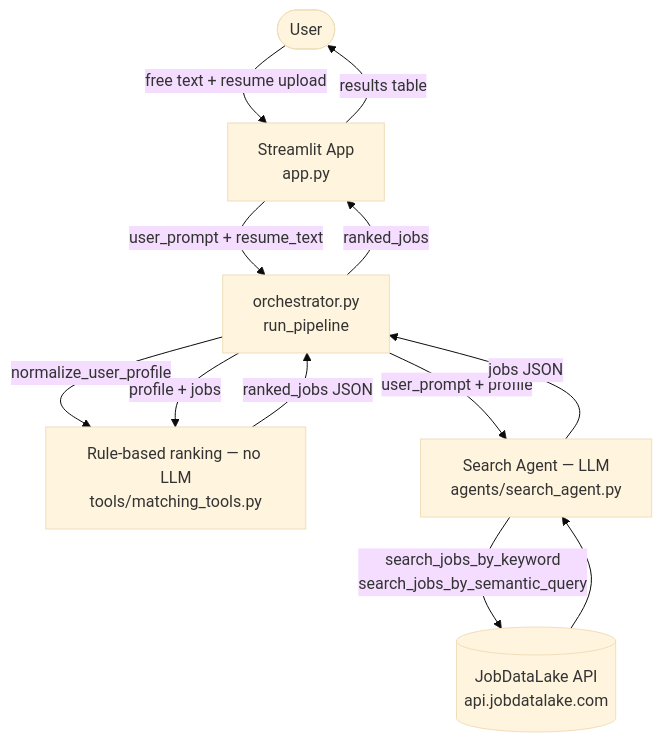
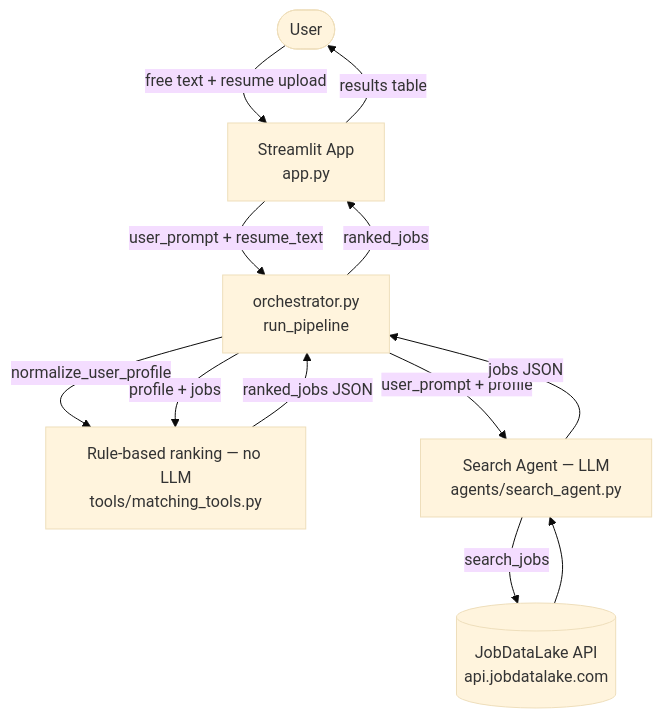
Before and after one commit to meiravm1/ai-job-finder: the diagram in README.md, drawn with Mermaid (base theme). The commit also changed other lines of this file and 6 other files, not shown here.

````diff
--- a/README.md
+++ b/README.md
@@ -26,18 +26,18 @@
 ```mermaid
 flowchart TD
       User([User]) -->|"free text + resume upload"| UI[Streamlit App\napp.py]
       UI -->|user_prompt + resume_text| Orchestrator[orchestrator.py\nrun_pipeline]
 
       Orchestrator -->|normalize_user_profile| MatchTools[Rule-based ranking — no LLM\ntools/matching_tools.py]
 
       Orchestrator -->|user_prompt + profile| SearchAgent[Search Agent — LLM\nagents/search_agent.py]
-      SearchAgent -->|search_jobs_by_keyword\nsearch_jobs_by_semantic_query| JDL[(JobDataLake API\napi.jobdatalake.com)]
+      SearchAgent -->|search_jobs| JDL[(JobDataLake API\napi.jobdatalake.com)]
       JDL --> SearchAgent
       SearchAgent -->|jobs JSON| Orchestrator
 
       Orchestrator -->|profile + jobs| MatchTools
       MatchTools -->|ranked_jobs JSON| Orchestrator
 
     Orchestrator -->|ranked_jobs| UI
     UI -->|results table| User
 ```
````
